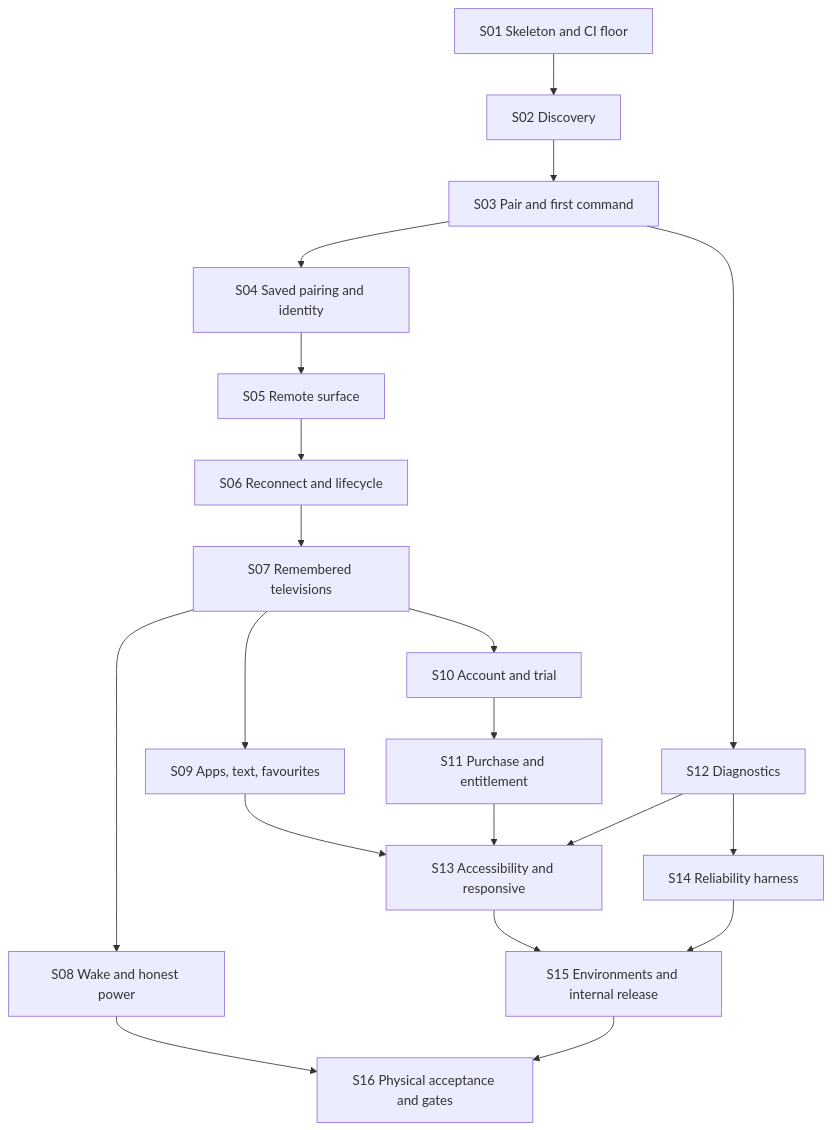
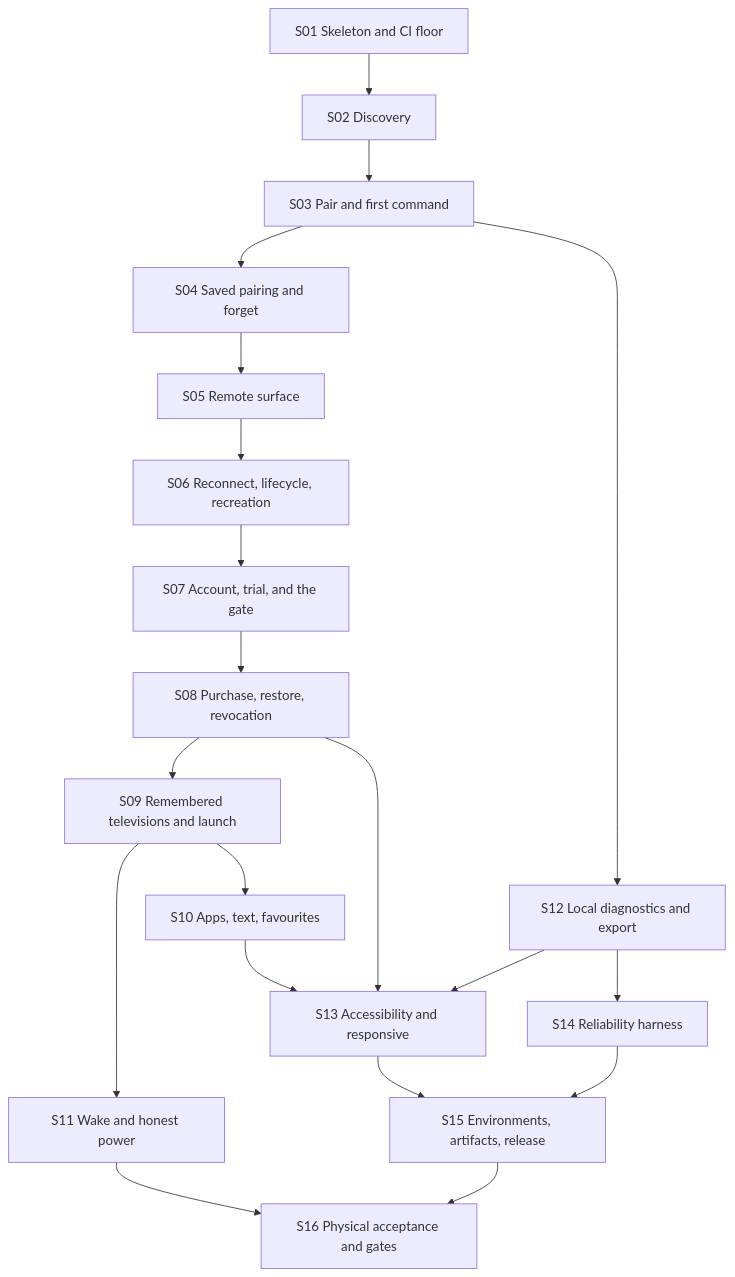
The diagram in docs/architecture/slices.md (anthracite-labs/AppT), drawn with Mermaid before and after one commit. The commit also changed other lines of this file and 17 other files, not shown here.

````diff
--- a/docs/architecture/slices.md
+++ b/docs/architecture/slices.md
@@ -17,33 +21,32 @@
 ```mermaid
 flowchart TD
   s01[S01 Skeleton and CI floor]
   s02[S02 Discovery]
   s03[S03 Pair and first command]
-  s04[S04 Saved pairing and identity]
+  s04[S04 Saved pairing and forget]
   s05[S05 Remote surface]
-  s06[S06 Reconnect and lifecycle]
-  s07[S07 Remembered televisions]
-  s08[S08 Wake and honest power]
-  s09[S09 Apps, text, favourites]
-  s10[S10 Account and trial]
-  s11[S11 Purchase and entitlement]
-  s12[S12 Diagnostics]
+  s06[S06 Reconnect, lifecycle, recreation]
+  s07[S07 Account, trial, and the gate]
+  s08[S08 Purchase, restore, revocation]
+  s09[S09 Remembered televisions and launch]
+  s10[S10 Apps, text, favourites]
+  s11[S11 Wake and honest power]
+  s12[S12 Local diagnostics and export]
   s13[S13 Accessibility and responsive]
   s14[S14 Reliability harness]
-  s15[S15 Environments and internal release]
+  s15[S15 Environments, artifacts, release]
   s16[S16 Physical acceptance and gates]
 
-  s01 --> s02 --> s03 --> s04 --> s05 --> s06 --> s07
-  s07 --> s08
-  s07 --> s09
-  s07 --> s10 --> s11
+  s01 --> s02 --> s03 --> s04 --> s05 --> s06 --> s07 --> s08 --> s09
+  s09 --> s10
+  s09 --> s11
   s03 --> s12
-  s09 --> s13
-  s11 --> s13
+  s10 --> s13
+  s08 --> s13
   s12 --> s13
   s12 --> s14
   s13 --> s15
   s14 --> s15
-  s08 --> s16
+  s11 --> s16
   s15 --> s16
 ```
````
